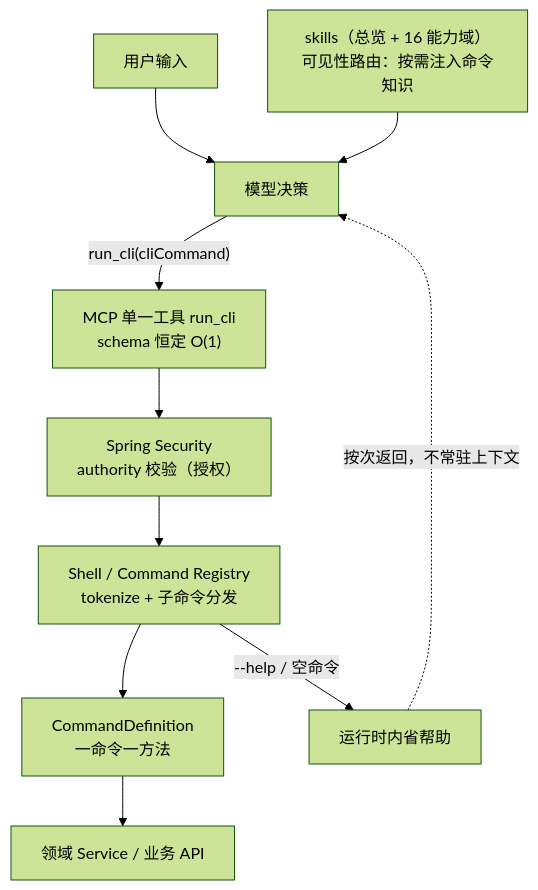
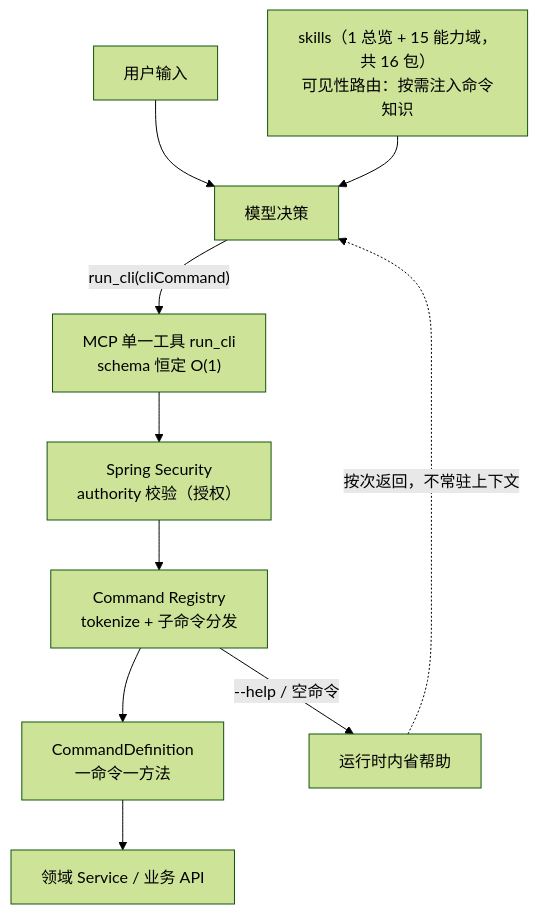
One commit to ChiYouIc/hypersku-workspace-cli changed the diagram in Command Pattern 重构 LLM 工具调用.md. Above: the diagram before and after it, drawn with Mermaid (forest theme). The commit also changed other lines of this file and 2 other files, not shown here.

First line of the commit message:
docs: 精修 Command Pattern 技术文章与演示幻灯片

````diff
--- a/Command Pattern 重构 LLM 工具调用.md
+++ b/Command Pattern 重构 LLM 工具调用.md
@@ -76,12 +82,12 @@
 ```mermaid
 flowchart TB
     U["用户输入"] --> M["模型决策"]
-    SK["skills（总览 + 16 能力域）<br/>可见性路由：按需注入命令知识"] --> M
+    SK["skills（1 总览 + 15 能力域，共 16 包）<br/>可见性路由：按需注入命令知识"] --> M
     M -->|"run_cli(cliCommand)"| T["MCP 单一工具 run_cli<br/>schema 恒定 O(1)"]
     T --> SEC["Spring Security<br/>authority 校验（授权）"]
-    SEC --> R["Shell / Command Registry<br/>tokenize + 子命令分发"]
+    SEC --> R["Command Registry<br/>tokenize + 子命令分发"]
     R --> C["CommandDefinition<br/>一命令一方法"]
     C --> S["领域 Service / 业务 API"]
     R -->|"--help / 空命令"| H["运行时内省帮助"]
     H -.->|"按次返回，不常驻上下文"| M
 ```
````
